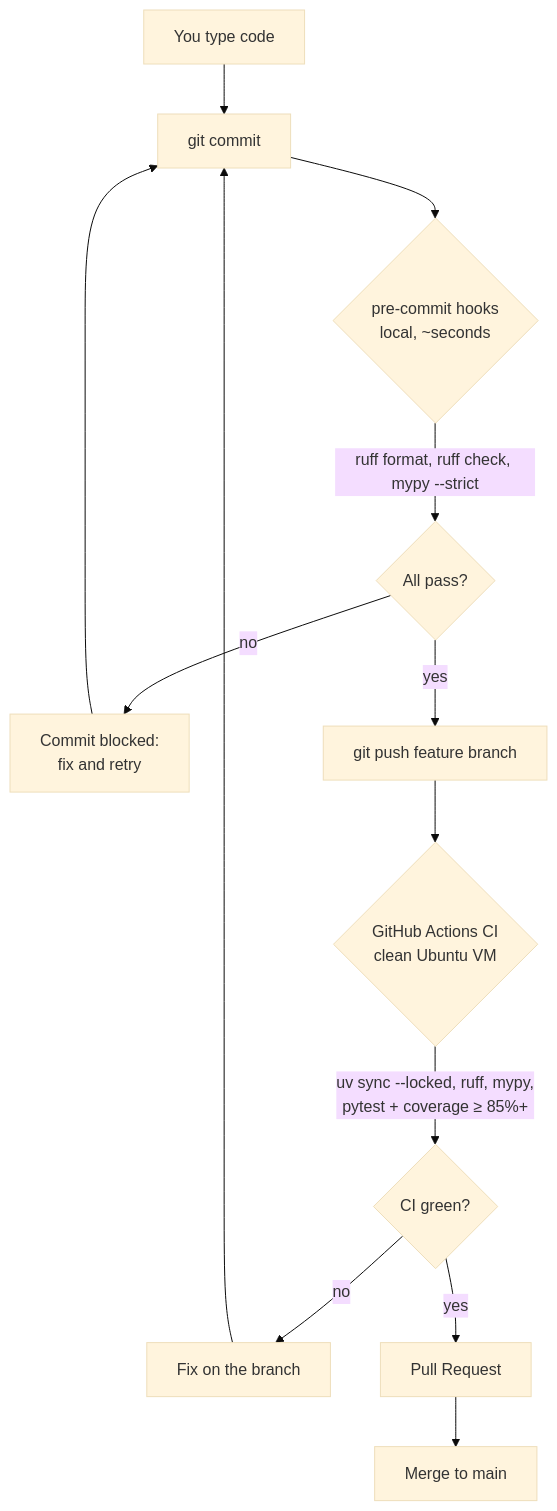
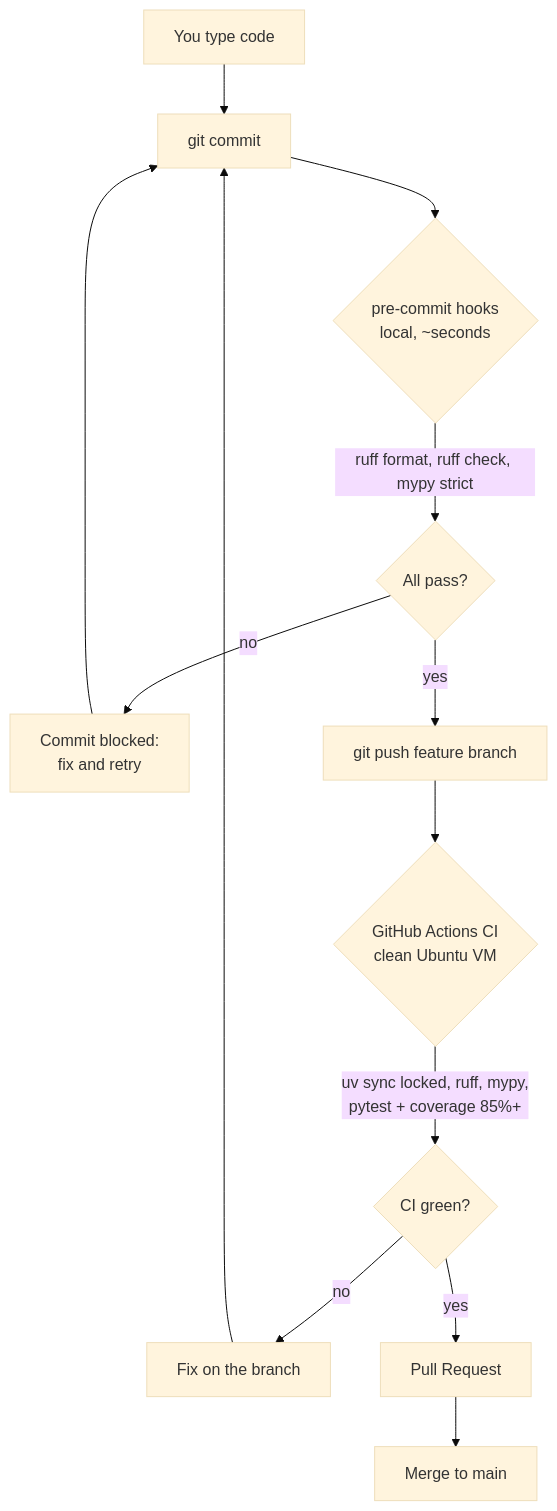
One commit to Ekanth-Sai/pitwall changed the diagram in docs/design/dev-pipeline.md. Above: the diagram before and after it, drawn with Mermaid (base theme). The commit also changed other lines of this file and 9 other files, not shown here.

````diff
--- a/docs/design/dev-pipeline.md
+++ b/docs/design/dev-pipeline.md
@@ -3,12 +3,15 @@
 ```mermaid
 flowchart TD
-      A[You type code] --> B[git commit]
-      B --> C{pre-commit hooks<br/>local, ~seconds} 
-      C -->|ruff format, ruff check, mypy --strict| D{All pass?}
-      D -- no --> E[Commit blocked:<br/>fix and retry] --> B
-      D -- yes --> F[git push feature branch]
-      F --> G{GitHub Actions CI<br/>clean Ubuntu VM}
-      G -->|"uv sync --locked, ruff, mypy,<br/>pytest + coverage ≥ 85%+"| H{"CI green?"}
-      H -- no --> I[Fix on the branch] --> B
-      H -- yes --> J[Pull Request] --> K[Merge to main]
+    A["You type code"] --> B["git commit"]
+    B --> C{"pre-commit hooks<br/>local, ~seconds"}
+    C -->|"ruff format, ruff check, mypy strict"| D{"All pass?"}
+    D -->|"no"| E["Commit blocked:<br/>fix and retry"]
+    E --> B
+    D -->|"yes"| F["git push feature branch"]
+    F --> G{"GitHub Actions CI<br/>clean Ubuntu VM"}
+    G -->|"uv sync locked, ruff, mypy,<br/>pytest + coverage 85%+"| H{"CI green?"}
+    H -->|"no"| I["Fix on the branch"]
+    I --> B
+    H -->|"yes"| J["Pull Request"]
+    J --> K["Merge to main"]
 ```
````
